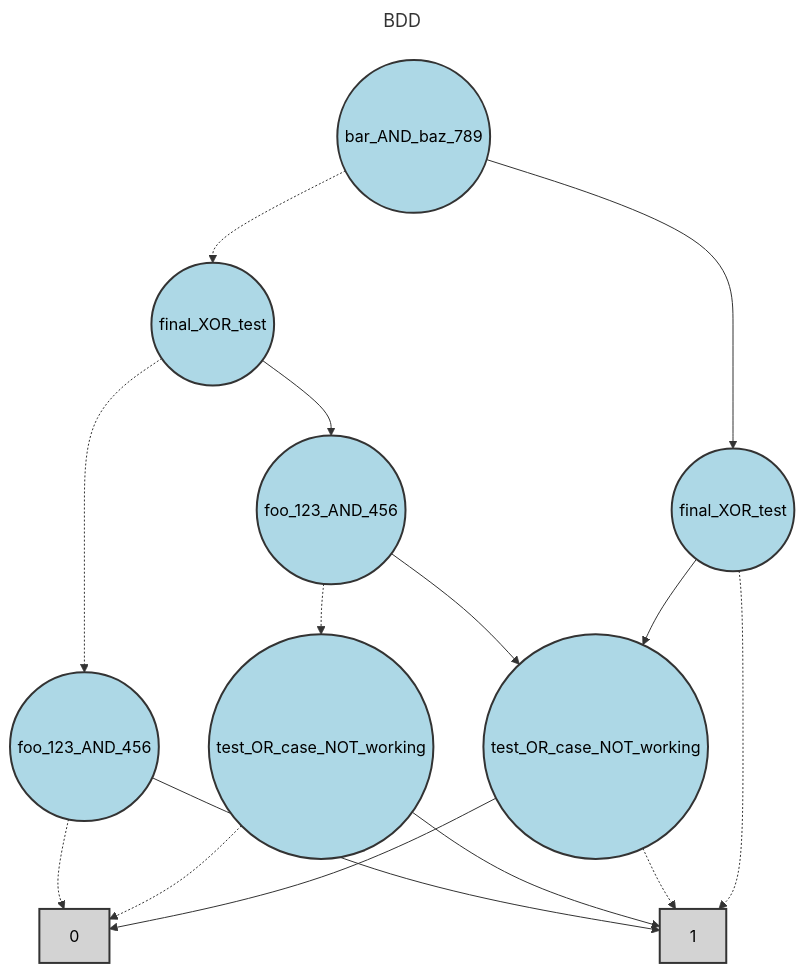
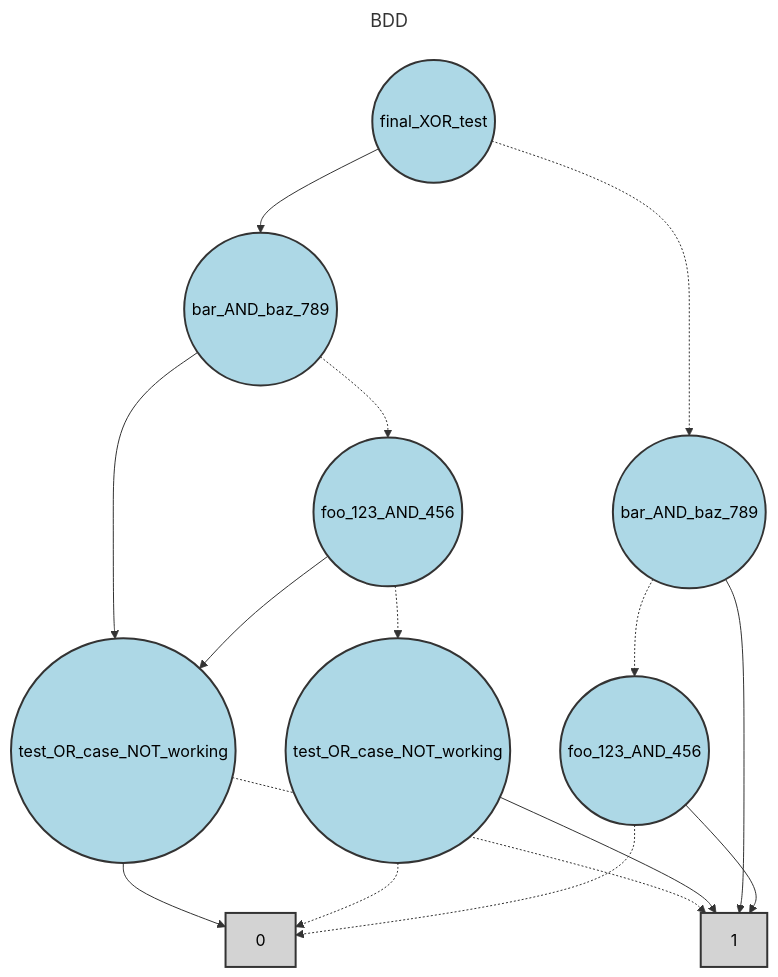
The second of 2 diagrams in test_expressions/edge_cases/complex_boundary_regression_analysis.md (Alan-Jowett/bdd_test), drawn with Mermaid before and after one commit. The commit also changed other lines of this file and 104 other files, not shown here.

````diff
--- a/test_expressions/edge_cases/complex_boundary_regression_analysis.md
+++ b/test_expressions/edge_cases/complex_boundary_regression_analysis.md
@@ -52,43 +52,43 @@
 ```mermaid
 ---
 title: BDD
 ---
 flowchart TD
     N0["0"]
     N1["1"]
     N2(("foo_123_AND_456"))
-    N3(("test_OR_case_NOT_working"))
+    N3(("bar_AND_baz_789"))
     N4(("test_OR_case_NOT_working"))
-    N5(("foo_123_AND_456"))
-    N6(("final_XOR_test"))
-    N7(("final_XOR_test"))
-    N8(("bar_AND_baz_789"))
+    N5(("test_OR_case_NOT_working"))
+    N6(("foo_123_AND_456"))
+    N7(("bar_AND_baz_789"))
+    N8(("final_XOR_test"))
 
     N2 -.-> N0
     N2 --> N1
-    N3 -.-> N0
+    N3 -.-> N2
     N3 --> N1
-    N4 -.-> N1
-    N4 --> N0
-    N5 -.-> N3
-    N5 --> N4
-    N6 -.-> N2
+    N4 -.-> N0
+    N4 --> N1
+    N5 -.-> N1
+    N5 --> N0
+    N6 -.-> N4
     N6 --> N5
-    N7 -.-> N1
-    N7 --> N4
-    N8 -.-> N6
+    N7 -.-> N6
+    N7 --> N5
+    N8 -.-> N3
     N8 --> N7
 
     class N0 terminal
     class N1 terminal
     class N2 bddVariable
     class N3 bddVariable
     class N4 bddVariable
     class N5 bddVariable
     class N6 bddVariable
     class N7 bddVariable
     class N8 bddVariable
 
     classDef bddVariable fill:lightblue,stroke:#333,stroke-width:2px,color:#000
     classDef terminal fill:lightgray,stroke:#333,stroke-width:2px,color:#000
 ```
````
